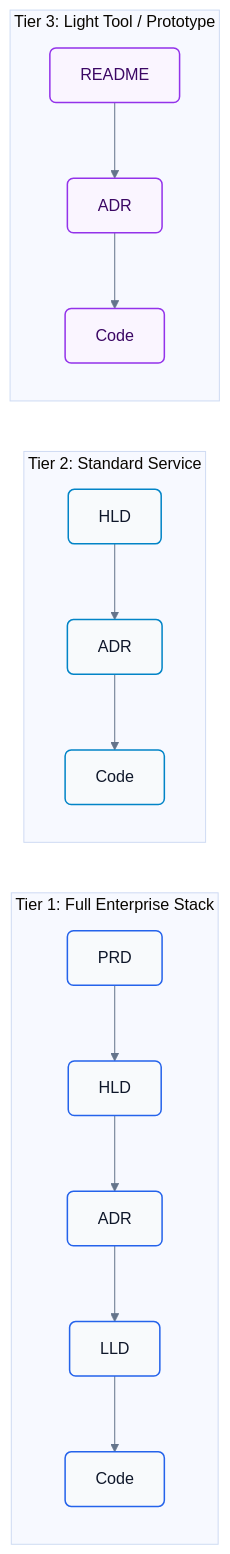
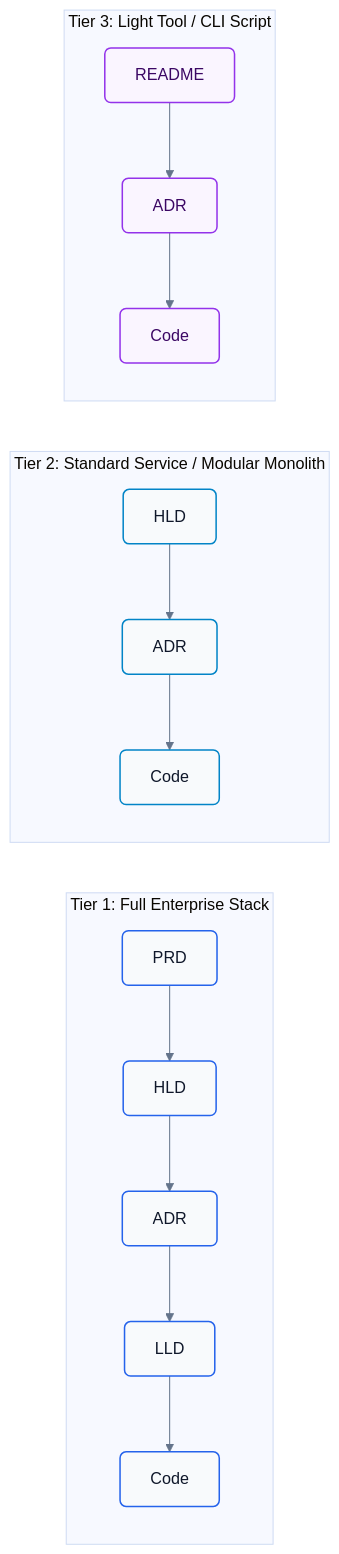
The third of 3 diagrams in docs/architecture/RFC-001-contextops-architecture.md (seismael/GenOps), drawn with Mermaid before and after one commit. The commit also changed other lines of this file and 46 other files, not shown here.

Commit message:
feat: implement GenOps scaffolding system with multi-language templates, agentic skill definitions, and architectural workflow documentation

````diff
--- a/docs/architecture/RFC-001-contextops-architecture.md
+++ b/docs/architecture/RFC-001-contextops-architecture.md
@@ -71,25 +73,25 @@
 ```mermaid
 %%{init: {'theme': 'base', 'themeVariables': { 'fontFamily': 'Inter, system-ui, sans-serif', 'lineColor': '#64748b', 'primaryTextColor': '#0f172a' }}}%%
 flowchart LR
     subgraph Tier1 ["Tier 1: Full Enterprise Stack"]
         direction TB
         T1_PRD["PRD"] --> T1_HLD["HLD"] --> T1_ADR["ADR"] --> T1_LLD["LLD"] --> T1_CODE["Code"]
     end
 
-    subgraph Tier2 ["Tier 2: Standard Service"]
+    subgraph Tier2 ["Tier 2: Standard Service / Modular Monolith"]
         direction TB
         T2_HLD["HLD"] --> T2_ADR["ADR"] --> T2_CODE["Code"]
     end
 
-    subgraph Tier3 ["Tier 3: Light Tool / Prototype"]
+    subgraph Tier3 ["Tier 3: Light Tool / CLI Script"]
         direction TB
         T3_README["README"] --> T3_ADR["ADR"] --> T3_CODE["Code"]
     end
 
     classDef t1 fill:#f8fafc,stroke:#2563eb,stroke-width:1.5px,color:#0f172a,rx:6px,ry:6px;
     classDef t2 fill:#f8fafc,stroke:#0284c7,stroke-width:1.5px,color:#0f172a,rx:6px,ry:6px;
     classDef t3 fill:#faf5ff,stroke:#9333ea,stroke-width:1.5px,color:#3b0764,rx:6px,ry:6px;
     class T1_PRD,T1_HLD,T1_ADR,T1_LLD,T1_CODE t1;
     class T2_HLD,T2_ADR,T2_CODE t2;
     class T3_README,T3_ADR,T3_CODE t3;
 ```
````
